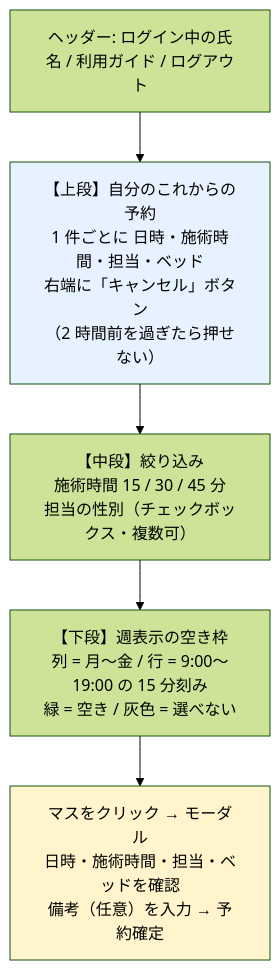
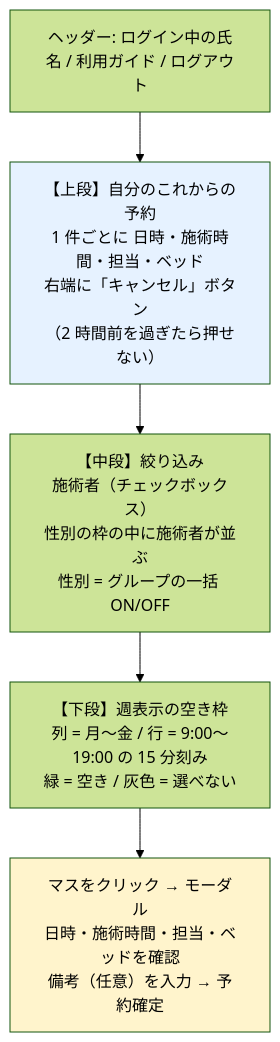
The sixth of 8 diagrams in docs/intern/design.md (e225721B/RefreshHub), drawn with Mermaid (forest theme) before and after one commit. The commit also changed other lines of this file and 11 other files, not shown here.

```diff
--- a/docs/intern/design.md
+++ b/docs/intern/design.md
@@ -414,11 +415,11 @@
 ~~~mermaid
 flowchart TD
   H["ヘッダー: ログイン中の氏名 / 利用ガイド / ログアウト"]
   H --> R["【上段】自分のこれからの予約<br/>1 件ごとに 日時・施術時間・担当・ベッド<br/>右端に「キャンセル」ボタン<br/>（2 時間前を過ぎたら押せない）"]
-  R --> F["【中段】絞り込み<br/>施術時間 15 / 30 / 45 分<br/>担当の性別（チェックボックス・複数可）"]
+  R --> F["【中段】絞り込み<br/>施術者（チェックボックス）<br/>性別の枠の中に施術者が並ぶ<br/>性別 = グループの一括 ON/OFF"]
   F --> W["【下段】週表示の空き枠<br/>列 = 月〜金 / 行 = 9:00〜19:00 の 15 分刻み<br/>緑 = 空き / 灰色 = 選べない"]
   W --> M["マスをクリック → モーダル<br/>日時・施術時間・担当・ベッドを確認<br/>備考（任意）を入力 → 予約確定"]
 
   style R fill:#e6f2ff,color:#000000
   style M fill:#fff4cc,color:#000000
 ~~~
```
